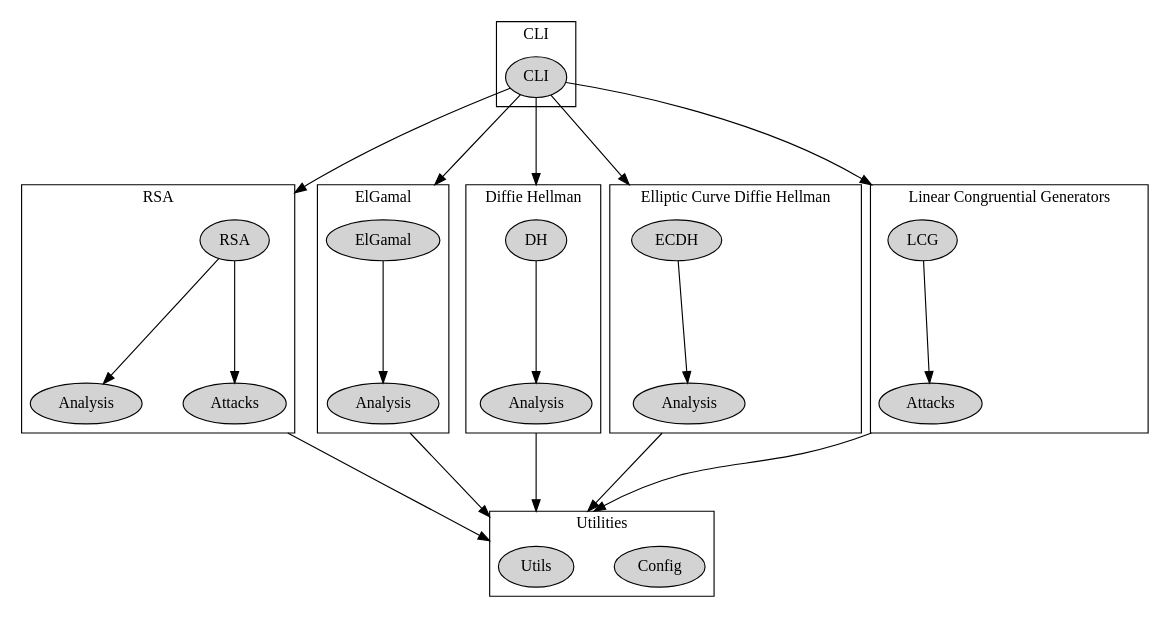
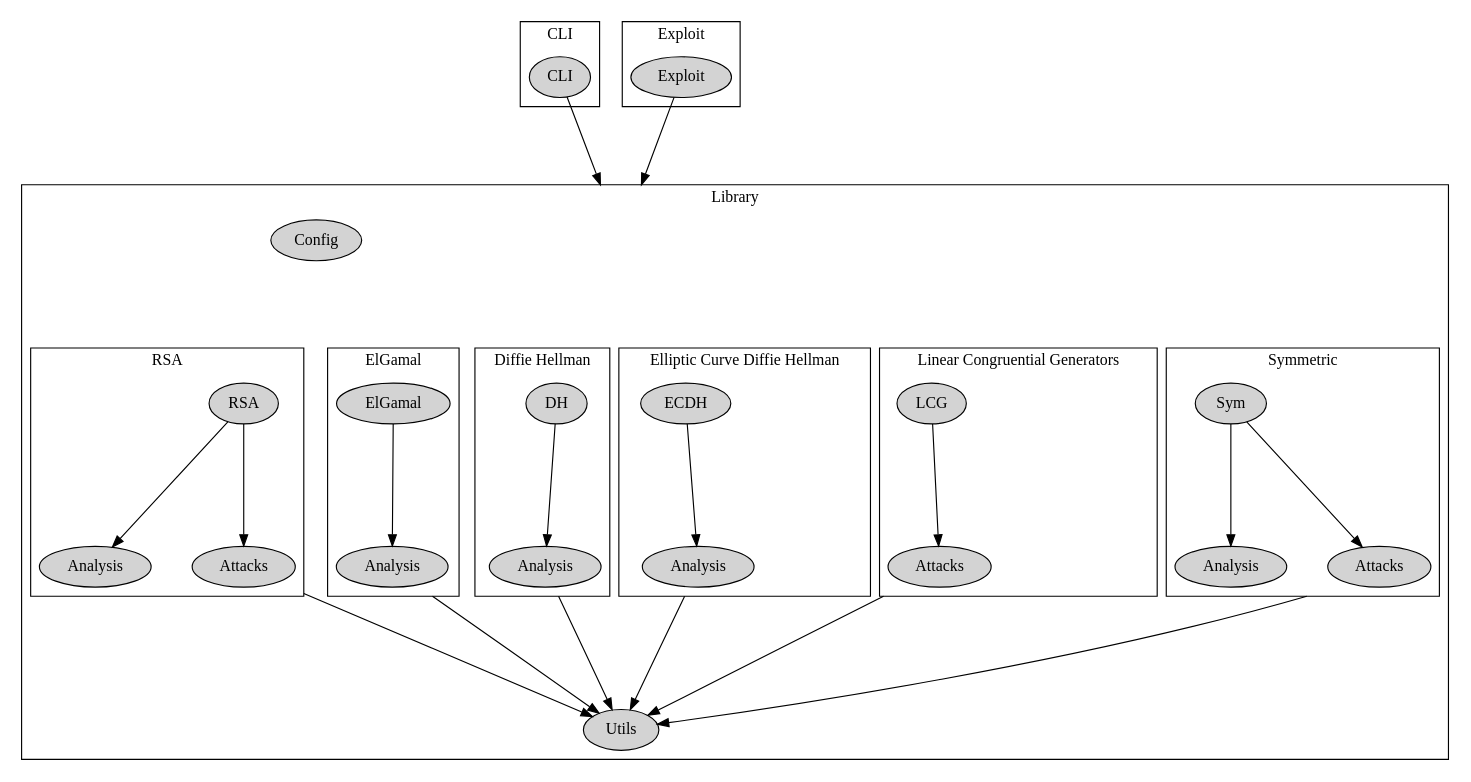
Before and after one commit to establishingsecurity/CAT: the diagram in doc/figures/architecture.dot, drawn with Graphviz.

Commit message:
Fixing arch

```diff
--- a/doc/figures/architecture.dot
+++ b/doc/figures/architecture.dot
@@ -1,62 +1,85 @@
 digraph G {
-	node [style=filled];
+    node [style=filled];
 
     graph [nodesep="0.5", ranksep="1.5", compound=true];
+    subgraph cluster_lib {
 	subgraph cluster_rsa {
 		rsa [label="RSA"];
 		rsaanalysis [label="Analysis"];
 		rsaattacks [label="Attacks"];
 		rsa -> rsaanalysis;
 		rsa -> rsaattacks;
 		label = "RSA";
 	}
 
 	subgraph cluster_eg {
 		eg [label="ElGamal"];
 		eganalysis [label="Analysis"];
 		eg -> eganalysis;
 		label = "ElGamal";
 	}
 	subgraph cluster_dh {
 		dh [label="DH"];
 		dhanalysis [label="Analysis"];
 		dh -> dhanalysis;
 		label = "Diffie Hellman";
 	}
 	subgraph cluster_ecdh {
 		ecdh [label="ECDH"];
 		ecdhanalysis [label="Analysis"];
 		ecdh -> ecdhanalysis;
 		label = "Elliptic Curve Diffie Hellman";
 	}
 	subgraph cluster_lcg {
 		lcg [label="LCG"];
 		lcgattacks [label="Attacks"];
 		lcg -> lcgattacks;
 		label = "Linear Congruential Generators";
 	}
 
-	subgraph cluster_util {
-		config [label = "Config"];
-		util [label = "Utils"];
-		label = "Utilities";
+	subgraph cluster_sym {
+		sym [label="Sym"];
+		symanalysis [label="Analysis"];
+		symattacks [label="Attacks"];
+		sym -> symanalysis;
+		sym -> symattacks;
+		label = "Symmetric";
 	}
+	libentry [style = invis];
+	libentry -> rsa [ style = invis ];
+	libentry -> eg [ style = invis ];
+	libentry -> dh [ style = invis ];
+	libentry -> ecdh [ style = invis ];
+	libentry -> lcg [ style = invis ];
+	libentry -> sym [ style = invis ];
 
-	subgraph cluster_cli {
-		cli [label = "CLI"];
-		label = "CLI";
+	config [label = "Config"];
+	util [label = "Utils"];
+	rsaattacks -> util [ltail=cluster_rsa];
+	/* rsaanalysis -> util [ltail=cluster_rsa]; */
+	eganalysis -> util [ltail=cluster_eg];
+	dhanalysis -> util [ltail=cluster_dh];
+	ecdhanalysis -> util [ltail=cluster_ecdh];
+	lcgattacks -> util [ltail=cluster_lcg];
+	symattacks -> util [ltail=cluster_sym];
+	/* symanalysis -> util [ltail=cluster_sym]; */
+	label = "Library";
+    }
 
-		cli -> rsa[lhead=cluster_rsa];
-		cli -> eg[lhead=cluster_eg];
-		cli -> dh[lhead=cluster_dh];
-		cli -> ecdh[lhead=cluster_ecdh];
-		cli -> lcg[lhead=cluster_lcg];
-	}
 
-	rsaattacks -> util[lhead=cluster_util ltail=cluster_rsa];
-	/* rsaanalysis -> util[lhead=cluster_util ltail=cluster_rsa]; */
-	eganalysis -> util[lhead=cluster_util ltail=cluster_eg];
-	dhanalysis -> util[lhead=cluster_util ltail=cluster_dh];
-	ecdhanalysis -> util[lhead=cluster_util ltail=cluster_ecdh];
-	lcgattacks -> util[lhead=cluster_util ltail=cluster_lcg];
+
+    subgraph cluster_cli {
+	    cli [label = "CLI"];
+	    label = "CLI";
+
+	    cli -> libentry[lhead=cluster_lib];
+    }
+
+    subgraph cluster_exp {
+	    exp [label = "Exploit"];
+	    label = "Exploit";
+
+	    exp -> libentry[lhead=cluster_lib];
+    }
+
 }
```
